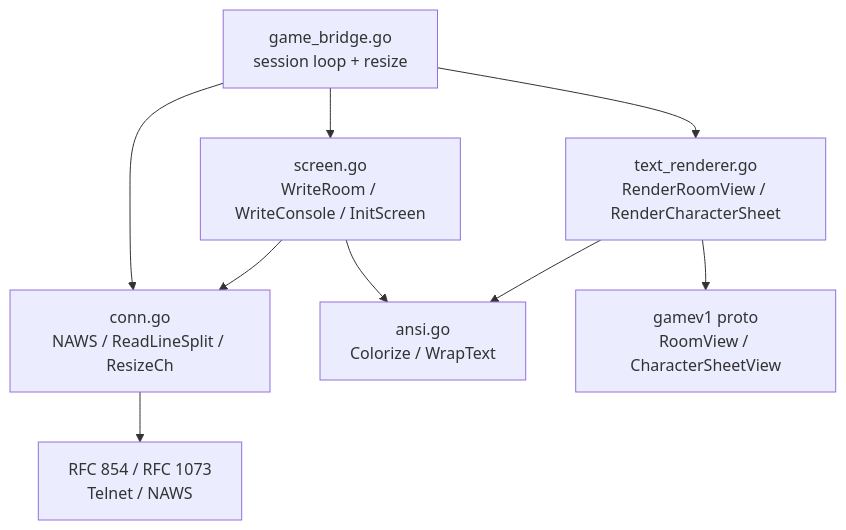
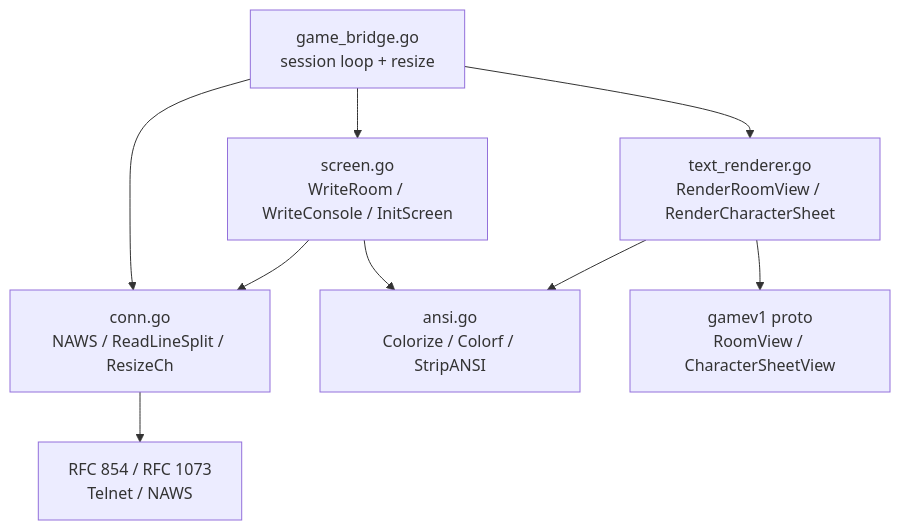
One commit to cory-johannsen/mud changed the third of 3 diagrams in docs/architecture/ui.md. Above: the diagram before and after it, drawn with Mermaid. The commit also changed other lines of this file and 1 other file, not shown here.

Commit message:
docs(arch): fix WrapText attribution, clarify layout diagram overflow rows

````diff
--- a/docs/architecture/ui.md
+++ b/docs/architecture/ui.md
@@ -93,11 +96,11 @@
 ```mermaid
 graph TD
     GB[game_bridge.go<br/>session loop + resize] --> SC[screen.go<br/>WriteRoom / WriteConsole / InitScreen]
     GB --> TR[text_renderer.go<br/>RenderRoomView / RenderCharacterSheet]
     GB --> CO[conn.go<br/>NAWS / ReadLineSplit / ResizeCh]
     SC --> CO
-    SC --> AN[ansi.go<br/>Colorize / WrapText]
+    SC --> AN[ansi.go<br/>Colorize / Colorf / StripANSI]
     TR --> AN
     TR --> PB[gamev1 proto<br/>RoomView / CharacterSheetView]
     CO --> RF[RFC 854 / RFC 1073<br/>Telnet / NAWS]
 ```
````
